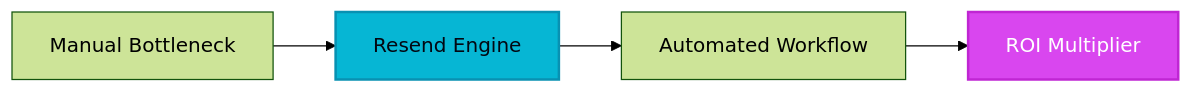
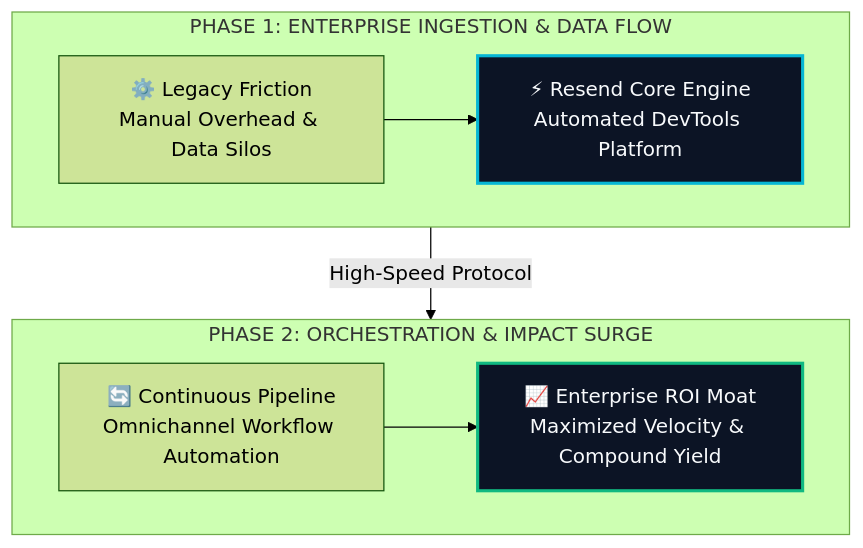
Before and after one commit to heliatech-media/saas-radar: the diagram in site/src/content/blog/resend-evolution-guide-2026.md, drawn with Mermaid (forest theme). The commit also changed 97 other files, not shown here.

First line of the commit message:
feat(diagrams): upgrade all article architecture schemas to high-impact 2-tier responsive vector blueprints

````diff
--- a/site/src/content/blog/resend-evolution-guide-2026.md
+++ b/site/src/content/blog/resend-evolution-guide-2026.md
@@ -52,8 +52,14 @@
 ```mermaid
-flowchart LR
-    A[Manual Bottleneck] --> B[Resend Engine]
-    B --> C[Automated Workflow]
-    C --> D[ROI Multiplier]
-    style B fill:#06b6d4,stroke:#0891b2,stroke-width:2px,color:#030712
-    style D fill:#d946ef,stroke:#c026d3,stroke-width:2px,color:#ffffff
+flowchart TD
+    subgraph S1["PHASE 1: ENTERPRISE INGESTION & DATA FLOW"]
+        direction LR
+        A["⚙️ Legacy Friction<br/>Manual Overhead & Data Silos"] --> B["⚡ Resend Core Engine<br/>Automated DevTools Platform"]
+    end
+    subgraph S2["PHASE 2: ORCHESTRATION & IMPACT SURGE"]
+        direction LR
+        C["🔄 Continuous Pipeline<br/>Omnichannel Workflow Automation"] --> D["📈 Enterprise ROI Moat<br/>Maximized Velocity & Compound Yield"]
+    end
+    S1 -->|High-Speed Protocol| S2
+    style B fill:#0c1425,stroke:#06b6d4,stroke-width:2.5px,color:#f8fafc
+    style D fill:#0c1425,stroke:#10b981,stroke-width:2.5px,color:#f8fafc
 ```
````
